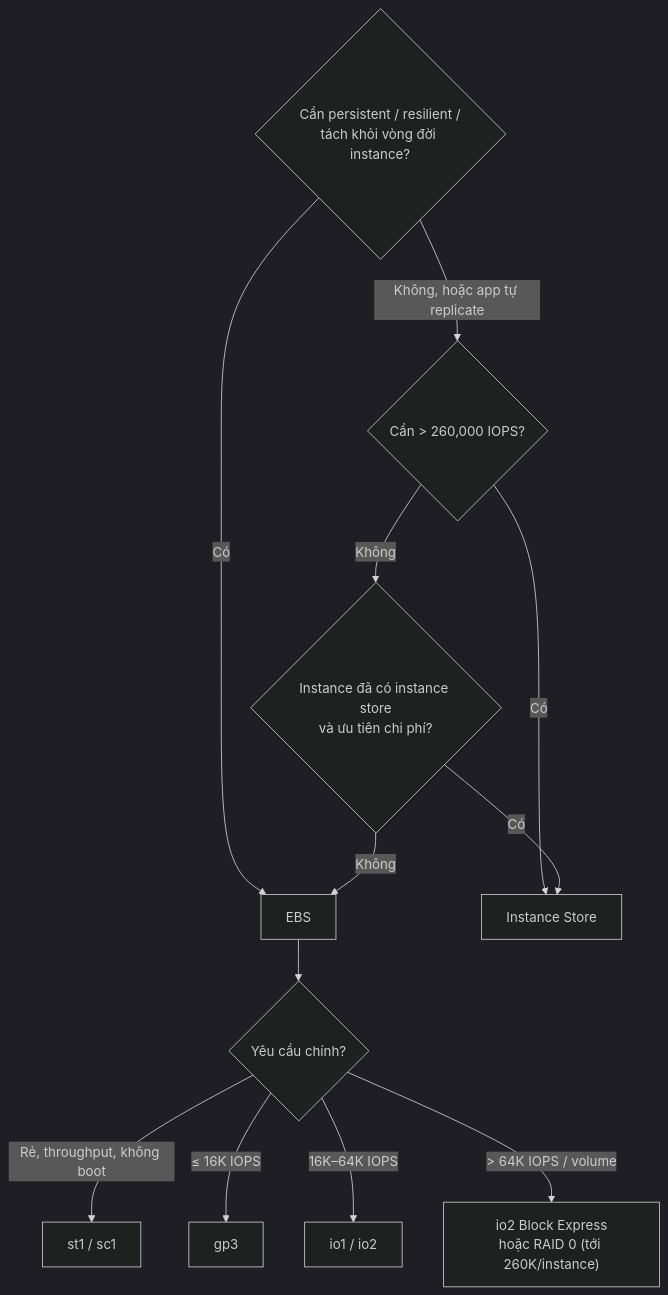
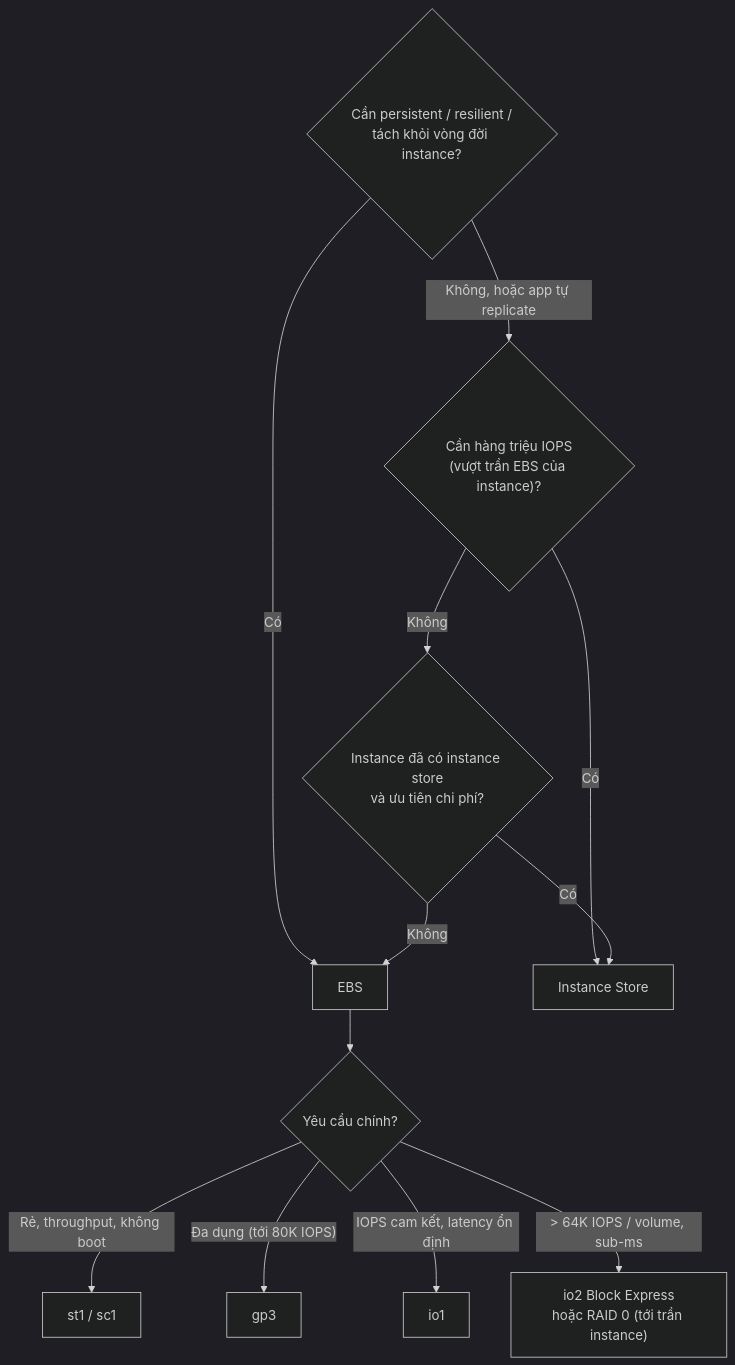
The diagram in data/07 EC2/Compare - EBS vs Instance Store.md (hairbui76/aws-saa-c03), drawn with Mermaid (dark theme) before and after one commit. The commit also changed other lines of this file and 81 other files, not shown here.

````diff
--- a/data/07 EC2/Compare - EBS vs Instance Store.md
+++ b/data/07 EC2/Compare - EBS vs Instance Store.md
@@ -59,14 +64,14 @@
 ```mermaid
 flowchart TD
     A{"Cần persistent / resilient /<br/>tách khỏi vòng đời instance?"} -->|"Có"| EBS["EBS"]
-    A -->|"Không, hoặc app tự replicate"| B{"Cần > 260,000 IOPS?"}
+    A -->|"Không, hoặc app tự replicate"| B{"Cần hàng triệu IOPS<br/>(vượt trần EBS của instance)?"}
     B -->|"Có"| IS["Instance Store"]
     B -->|"Không"| C{"Instance đã có instance store<br/>và ưu tiên chi phí?"}
     C -->|"Có"| IS
     C -->|"Không"| EBS
     EBS --> D{"Yêu cầu chính?"}
     D -->|"Rẻ, throughput, không boot"| ST["st1 / sc1"]
-    D -->|"≤ 16K IOPS"| GP["gp3"]
-    D -->|"16K–64K IOPS"| IO["io1 / io2"]
-    D -->|"> 64K IOPS / volume"| BX["io2 Block Express<br/>hoặc RAID 0 (tới 260K/instance)"]
+    D -->|"Đa dụng (tới 80K IOPS)"| GP["gp3"]
+    D -->|"IOPS cam kết, latency ổn định"| IO["io1"]
+    D -->|"> 64K IOPS / volume, sub-ms"| BX["io2 Block Express<br/>hoặc RAID 0 (tới trần instance)"]
 ```
````
